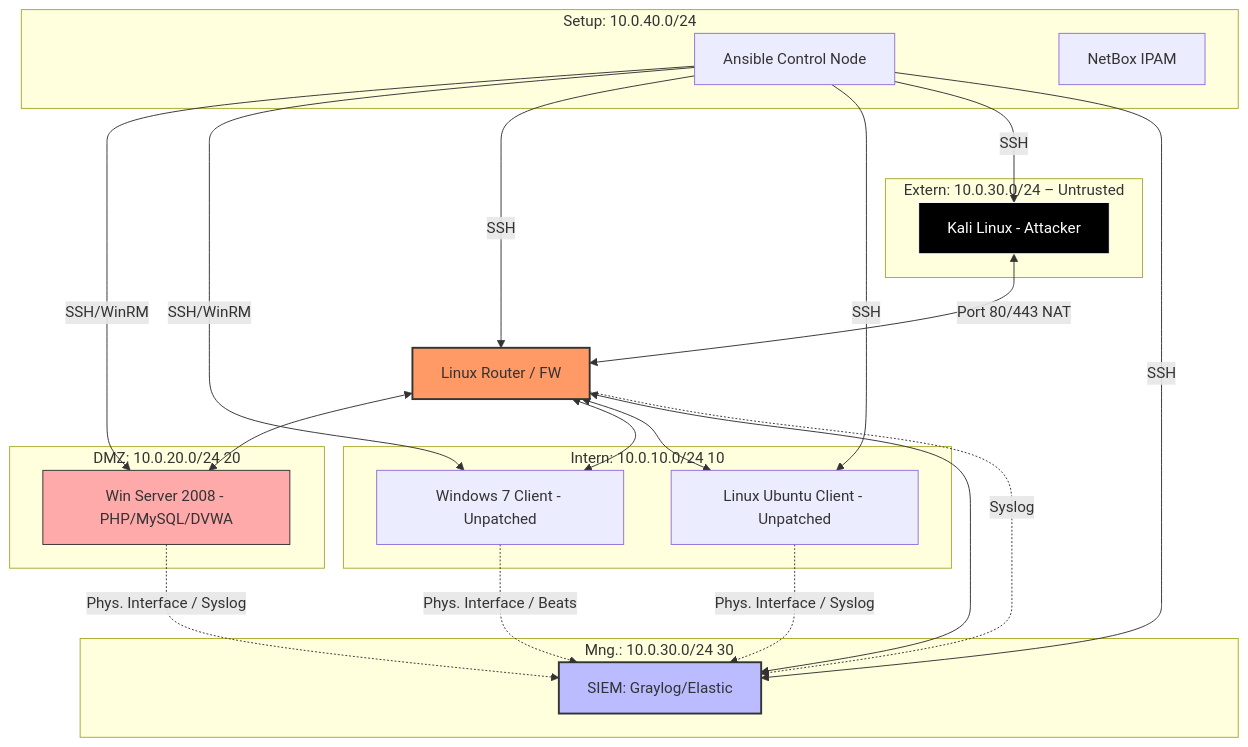
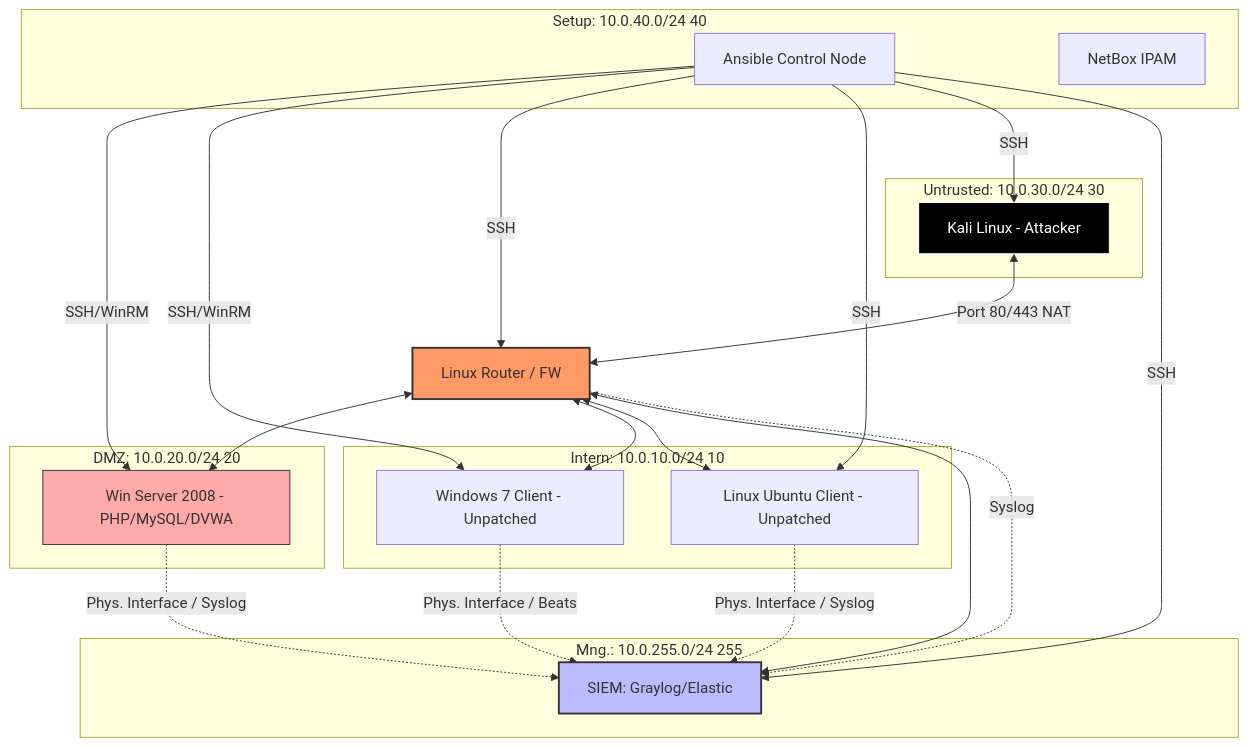
Before and after one commit to MByteBender/security_lab: the diagram in docu/deliverable_session2.md, drawn with Mermaid. The commit also changed other lines of this file, not shown here.

````diff
--- a/docu/deliverable_session2.md
+++ b/docu/deliverable_session2.md
@@ -11,55 +11,55 @@
 ```mermaid
 %% Use the following code in mermaid.live to get the architecture diagram
 
 graph TD
-    subgraph Internet_Untrusted [Extern: 10.0.30.0/24 – Untrusted]
+    subgraph Internet_Untrusted [Untrusted: 10.0.30.0/24 30]
         Kali[Kali Linux - Attacker]
     end
 
     Router[Linux Router / FW]
 
     subgraph DMZ_Zone [DMZ: 10.0.20.0/24 20]
         Webserver[Win Server 2008 - PHP/MySQL/DVWA]
     end
 
     subgraph LAN_Zone [Intern: 10.0.10.0/24 10]
         Win7[Windows 7 Client - Unpatched]
         UbuntuDesktop[Linux Ubuntu Client - Unpatched]
     end
 
-    subgraph SIEM_Zone [Mng.: 10.0.30.0/24 30]
+    subgraph SIEM_Zone [Mng.: 10.0.255.0/24 255]
         SIEM[SIEM: Graylog/Elastic]
     end
 
-    subgraph Configuration [Setup: 10.0.40.0/24]
+    subgraph Configuration [Setup: 10.0.40.0/24 40]
         Ansible[Ansible Control Node]
         NetBox[NetBox IPAM]
     end
 
     %% Router Connections
     Kali <-->|Port 80/443 NAT| Router
     Router <--> Webserver
     Router <--> Win7
     Router <--> UbuntuDesktop
     Router <--> SIEM
 
     %% Management / Provisioning
     Ansible -->|SSH/WinRM| Webserver
     Ansible -->|SSH/WinRM| Win7
     Ansible -->|SSH| Router
     Ansible -->|SSH| UbuntuDesktop
     Ansible -->|SSH| Kali
     Ansible -->|SSH| SIEM
 
     %% Multi-homed Interfaces & Logging
     Webserver -.->|Phys. Interface / Syslog| SIEM
     Win7 -.->|Phys. Interface / Beats| SIEM
     UbuntuDesktop -.->|Phys. Interface / Syslog| SIEM
     Router -.->|Syslog| SIEM
 
     %% Styling
     style Router fill:#f96,stroke:#333,stroke-width:2px
     style SIEM fill:#bbf,stroke:#333,stroke-width:2px
     style Webserver fill:#faa,stroke:#333
     style Kali fill:#000,stroke:#fff,color:#fff
 ```
````
